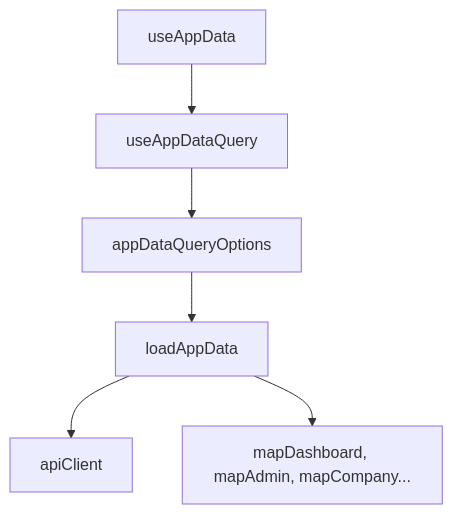
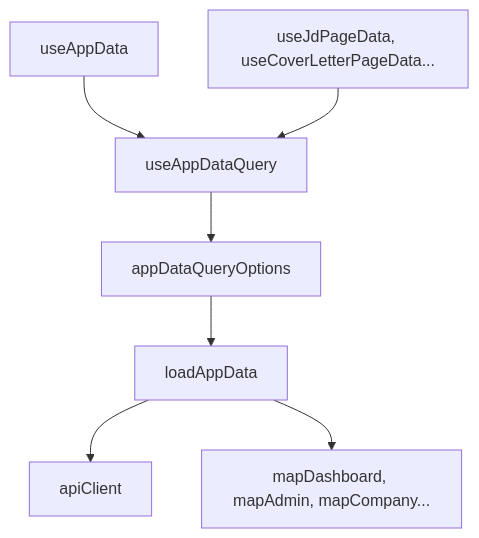
The diagram in docs/03-frontend/state-and-api-adapters.md (SKN26-Final-1st/Final_project), drawn with Mermaid before and after one commit. The commit also changed other lines of this file and 3 other files, not shown here.

````diff
--- a/docs/03-frontend/state-and-api-adapters.md
+++ b/docs/03-frontend/state-and-api-adapters.md
@@ -21,8 +40,9 @@
 ```mermaid
 flowchart TD
   Hook["useAppData"] --> Query["useAppDataQuery"]
   Query --> Options["appDataQueryOptions"]
   Options --> Load["loadAppData"]
   Load --> Client["apiClient"]
   Load --> Adapters["mapDashboard, mapAdmin, mapCompany..."]
+  Pages["useJdPageData, useCoverLetterPageData..."] --> Query
 ```
````
